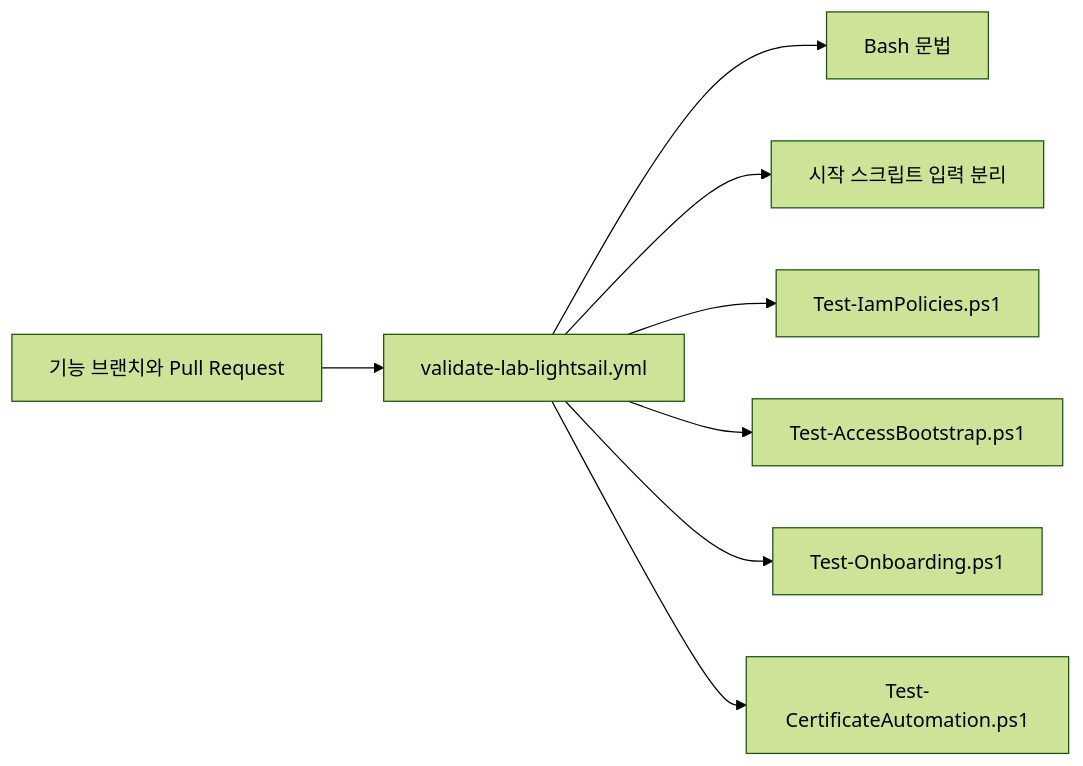
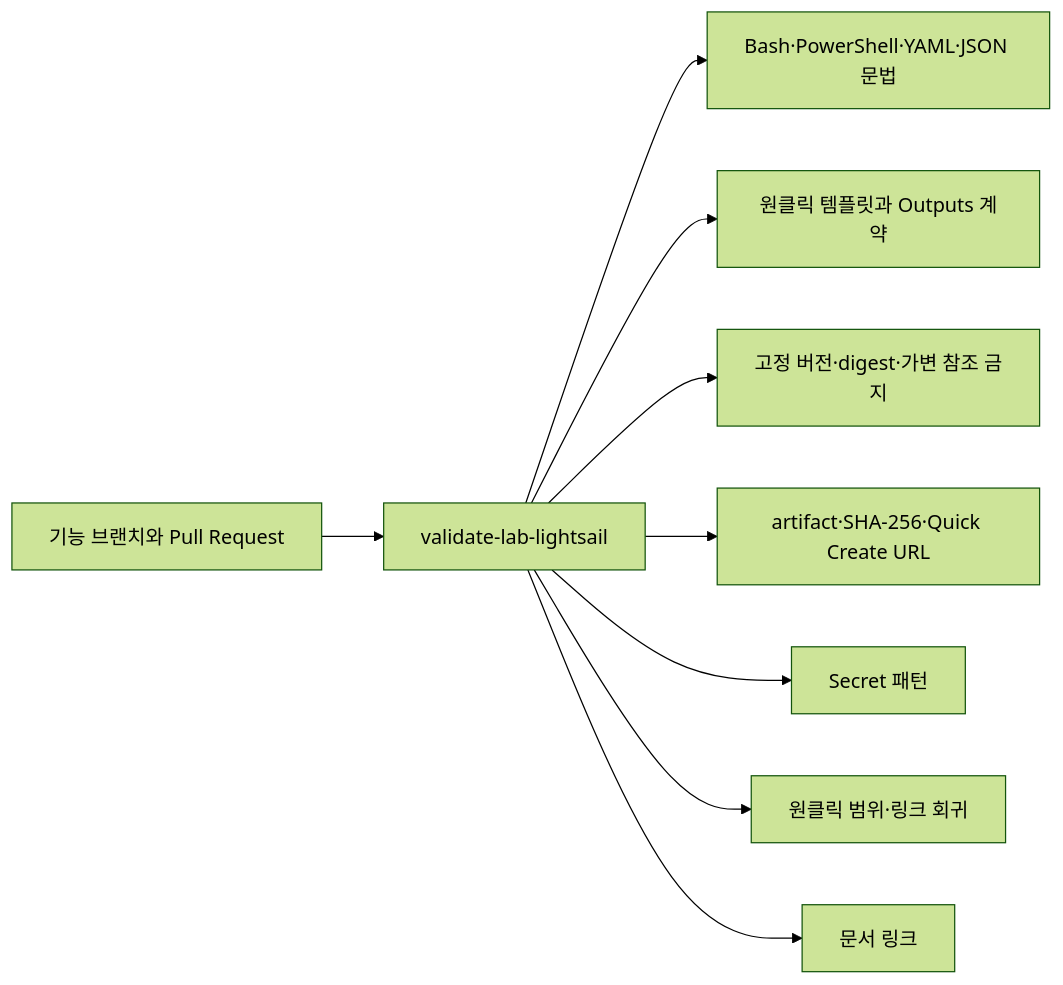
One commit to jusubkim94/qfieldcloud-self-hosting-for-arboreta changed the third of 3 diagrams in docs/diagrams/lab-lightsail-script-structure.md. Above: the diagram before and after it, drawn with Mermaid (forest theme). The commit also changed other lines of this file and 41 other files, not shown here.

Commit message:
feat(lab): add browser one-click Lightsail installer

````diff
--- a/docs/diagrams/lab-lightsail-script-structure.md
+++ b/docs/diagrams/lab-lightsail-script-structure.md
@@ -109,10 +107,11 @@
 ```mermaid
 flowchart LR
-    PR[기능 브랜치와 Pull Request] --> CI[validate-lab-lightsail.yml]
-    CI --> Syntax[Bash 문법]
-    CI --> Launcher[시작 스크립트 입력 분리]
-    CI --> IAM[Test-IamPolicies.ps1]
-    CI --> Access[Test-AccessBootstrap.ps1]
-    CI --> Onboard[Test-Onboarding.ps1]
-    CI --> Certificate[Test-CertificateAutomation.ps1]
+    PR[기능 브랜치와 Pull Request] --> CI[validate-lab-lightsail]
+    CI --> Syntax[Bash·PowerShell·YAML·JSON 문법]
+    CI --> Contract[원클릭 템플릿과 Outputs 계약]
+    CI --> Pins[고정 버전·digest·가변 참조 금지]
+    CI --> Artifact[artifact·SHA-256·Quick Create URL]
+    CI --> Secrets[Secret 패턴]
+    CI --> Scope[원클릭 범위·링크 회귀]
+    CI --> Links[문서 링크]
 ```
````
